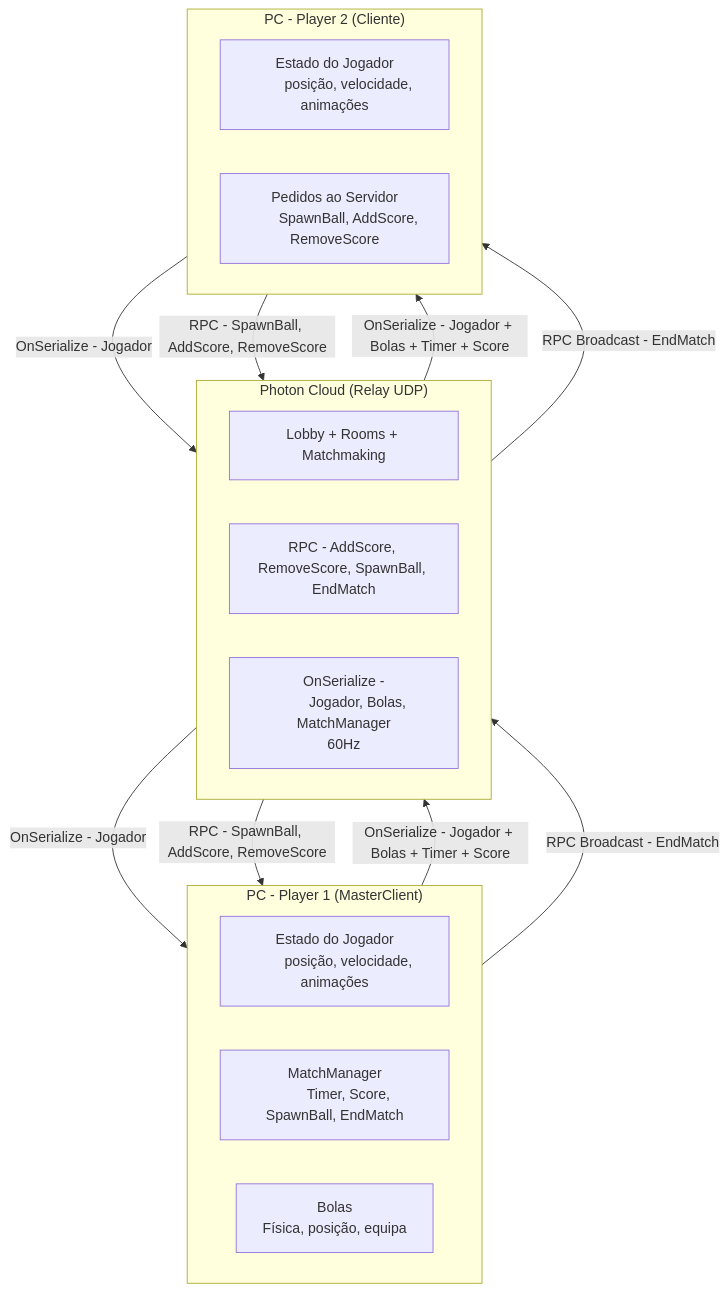
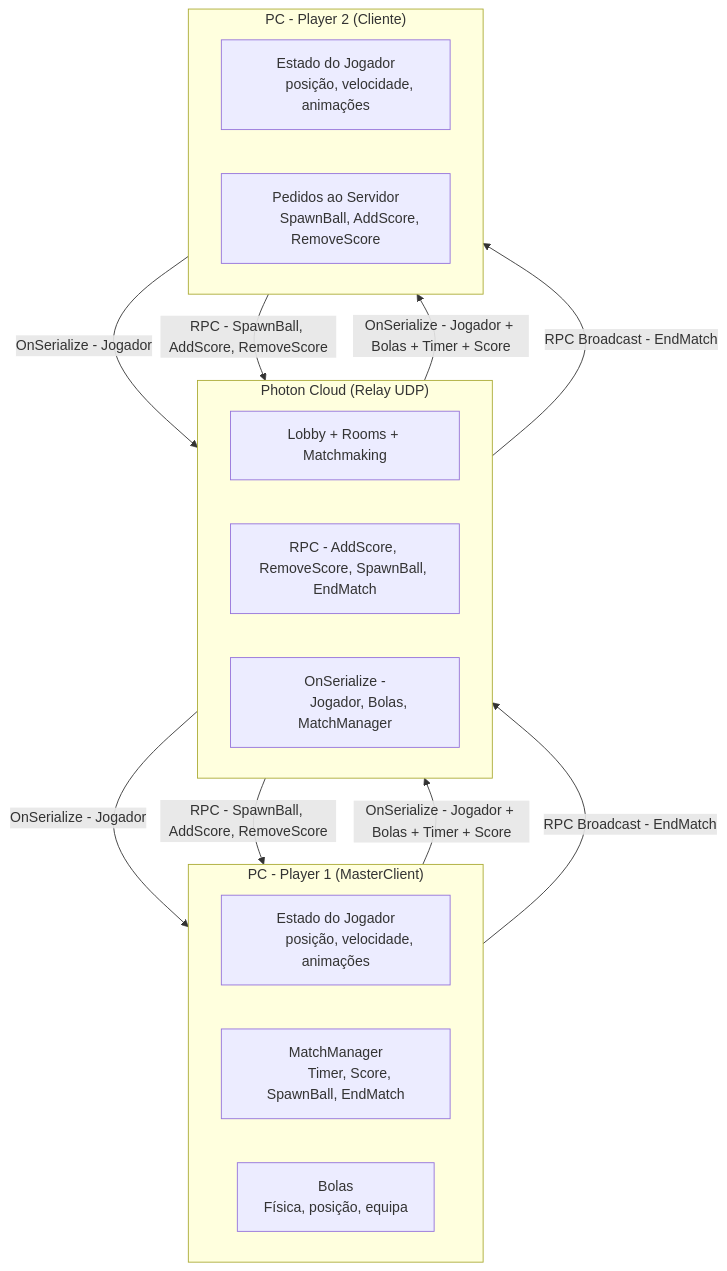
Before and after one commit to DinisB/NetGame: the diagram in readme.md, drawn with Mermaid.

Commit message:
Updated graph again

````diff
--- a/readme.md
+++ b/readme.md
@@ -97,37 +97,37 @@
 ```mermaid
 flowchart TB
     subgraph PC1["PC - Player 1 (MasterClient)"]
         A1["Estado do Jogador
         posição, velocidade, animações"]
         A2["MatchManager
         Timer, Score, SpawnBall, EndMatch"]
         A3["Bolas
         Física, posição, equipa"]
     end
 
     subgraph CLOUD["Photon Cloud (Relay UDP)"]
         B1["Lobby + Rooms + Matchmaking"]
         B2["RPC - AddScore, RemoveScore, SpawnBall, EndMatch"]
         B3["OnSerialize -
-        Jogador, Bolas, MatchManager\n60Hz"]
+        Jogador, Bolas, MatchManager"]
     end
 
     subgraph PC2["PC - Player 2 (Cliente)"]
         C1["Estado do Jogador
         posição, velocidade, animações"]
         C2["Pedidos ao Servidor
         SpawnBall, AddScore, RemoveScore"]
     end
 
     PC1 -- "OnSerialize - Jogador + Bolas + Timer + Score" --> CLOUD
     CLOUD -- "OnSerialize - Jogador + Bolas + Timer + Score" --> PC2
 
     PC2 -- "OnSerialize - Jogador" --> CLOUD
     CLOUD -- "OnSerialize - Jogador" --> PC1
 
     PC2 -- "RPC - SpawnBall, AddScore, RemoveScore" --> CLOUD
     CLOUD -- "RPC - SpawnBall, AddScore, RemoveScore" --> PC1
 
     PC1 -- "RPC Broadcast - EndMatch" --> CLOUD
     CLOUD -- "RPC Broadcast - EndMatch" --> PC2
 ```
````
